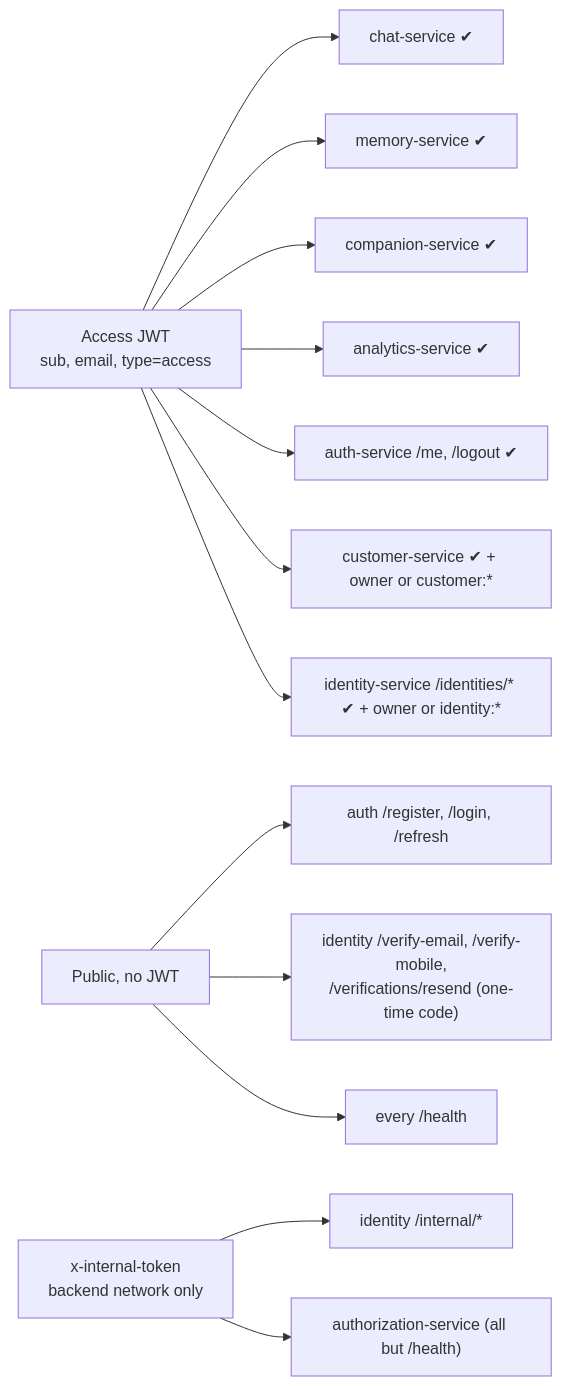
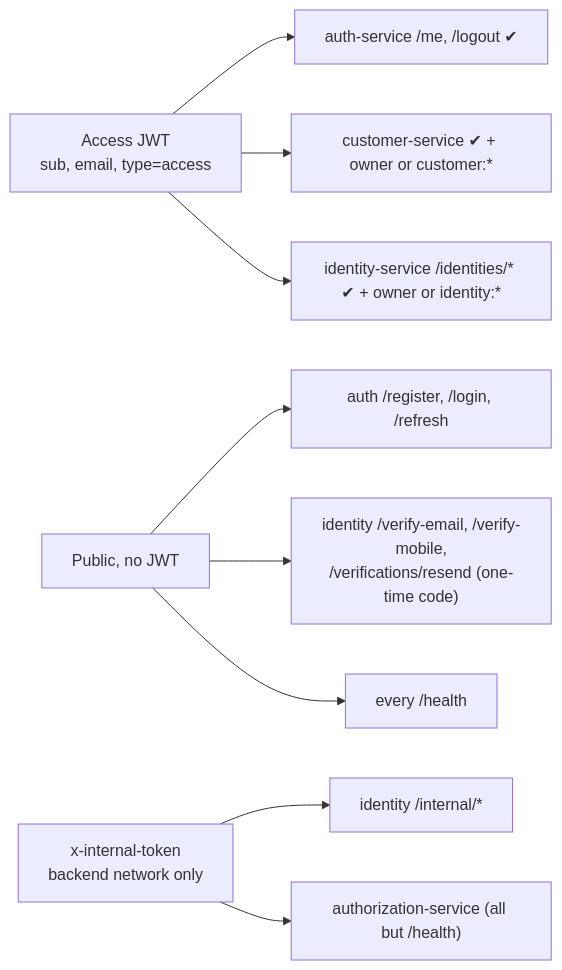
The third of 4 diagrams in services/README.md (master-node1/the-aura-lab), drawn with Mermaid before and after one commit. The commit also changed other lines of this file and 118 other files, not shown here.

````diff
--- a/services/README.md
+++ b/services/README.md
@@ -210,15 +131,11 @@
 ```mermaid
 flowchart LR
-    T[Access JWT<br/>sub, email, type=access] --> CS[chat-service ✔]
-    T --> MS[memory-service ✔]
-    T --> CP[companion-service ✔]
-    T --> AN[analytics-service ✔]
-    T --> AU["auth-service /me, /logout ✔"]
+    T[Access JWT<br/>sub, email, type=access] --> AU["auth-service /me, /logout ✔"]
     T --> CU["customer-service ✔ + owner or customer:*"]
     T --> ID["identity-service /identities/* ✔ + owner or identity:*"]
     P[Public, no JWT] --> PA["auth /register, /login, /refresh"]
     P --> PV["identity /verify-email, /verify-mobile,<br/>/verifications/resend (one-time code)"]
     P --> PH["every /health"]
     K[x-internal-token<br/>backend network only] --> IN["identity /internal/*"]
     K --> AZ["authorization-service (all but /health)"]
 ```
````
